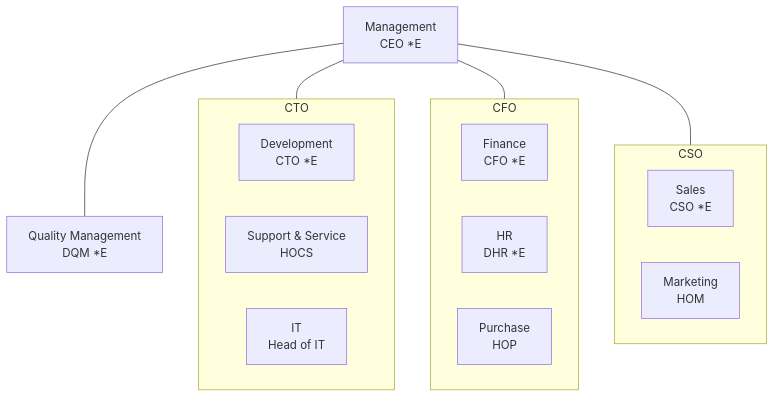
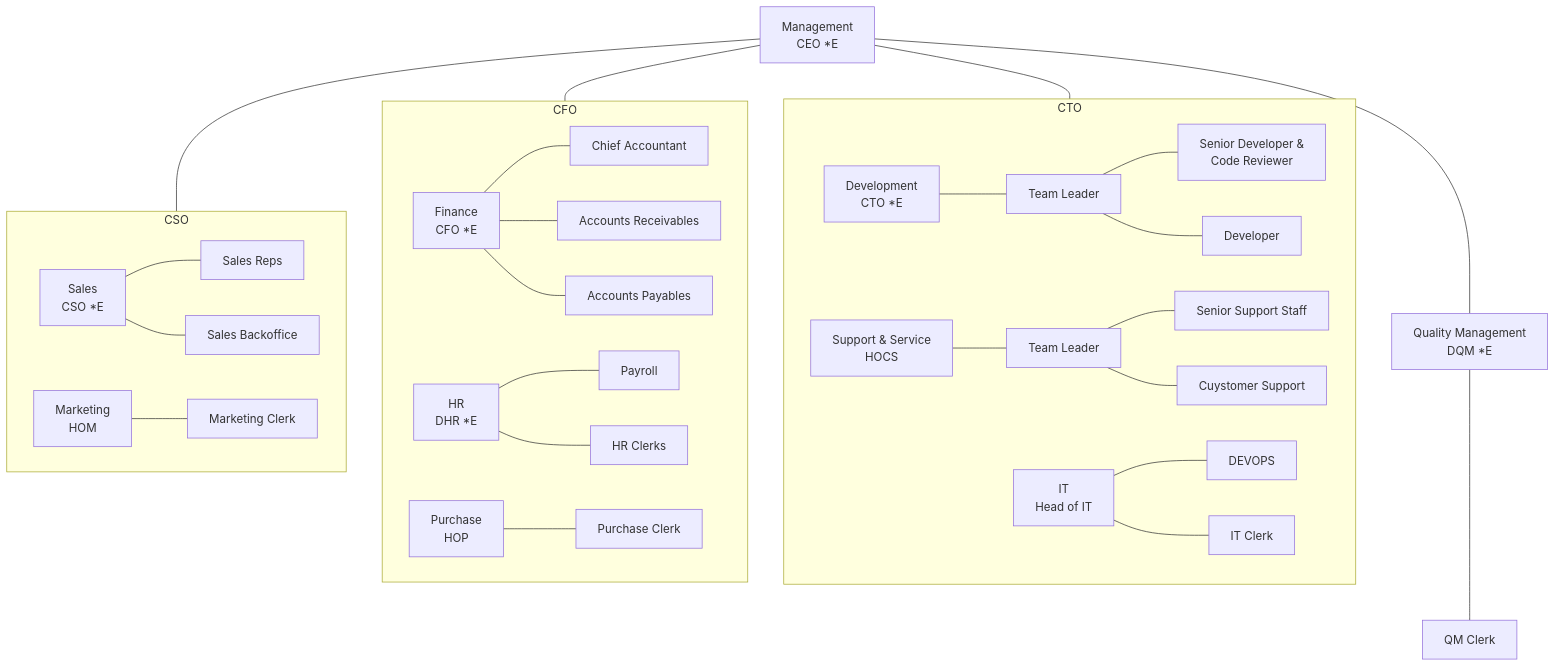
One commit to Karaka-Management/Organization-Guide changed the diagram in Processes/Organigram.md. Above: the diagram before and after it, drawn with Mermaid. The commit also changed other lines of this file and 17 other files, not shown here.

````diff
--- a/Processes/Organigram.md
+++ b/Processes/Organigram.md
@@ -3,21 +3,39 @@
 ```mermaid
 flowchart TD;
     subgraph CTO
         DEVELOPMENT[Development\nCTO *E];
+        DEVELOPMENT---TEAM_LEADER[Team Leader];
+        TEAM_LEADER---SENIOR_DEVELOPER[Senior Developer &\nCode Reviewer];
+        TEAM_LEADER---DEVELOPER[Developer];
         SUPPORT_SERVICE[Support & Service\nHOCS];
+        SUPPORT_SERVICE---TEAM_LEADER_SUPPORT[Team Leader];
+        TEAM_LEADER_SUPPORT---SENIOR_SUPPORT[Senior Support Staff];
+        TEAM_LEADER_SUPPORT---SUPPORT[Cuystomer Support];
         IT[IT\nHead of IT];
+        IT---IT_DEVOPS[DEVOPS];
+        IT---IT_CLERK[IT Clerk];
     end
     MANAGEMENT[Management\nCEO *E]---CTO;
     subgraph CFO
         FINANCE[Finance\nCFO *E];
+        FINANCE---CHIEF_ACCOUNTANT[Chief Accountant];
+        FINANCE---ACCOUNTS_RECEIVABLES[Accounts Receivables];
+        FINANCE---ACCOUNTS_PAYABLE[Accounts Payables];
         HR[HR\nDHR *E];
+        HR---PAYROLL[Payroll]
+        HR---HR_CLERK[HR Clerks];
         PURCHASE[Purchase\nHOP];
+        PURCHASE---PURCHASE_CLERK[Purchase Clerk];
     end
     MANAGEMENT---CFO;
     subgraph CSO
         SALES[Sales\nCSO *E];
+        SALES---SALES_REP[Sales Reps];
+        SALES---SALES_BACKOFFICE[Sales Backoffice];
         MARKETING[Marketing\nHOM];
+        MARKETING---MARKETING_CLERK[Marketing Clerk]
     end
     MANAGEMENT---CSO;
     MANAGEMENT---QM[Quality Management\nDQM *E];
+    QM---QM_CLERK[QM Clerk];
 ```
````
